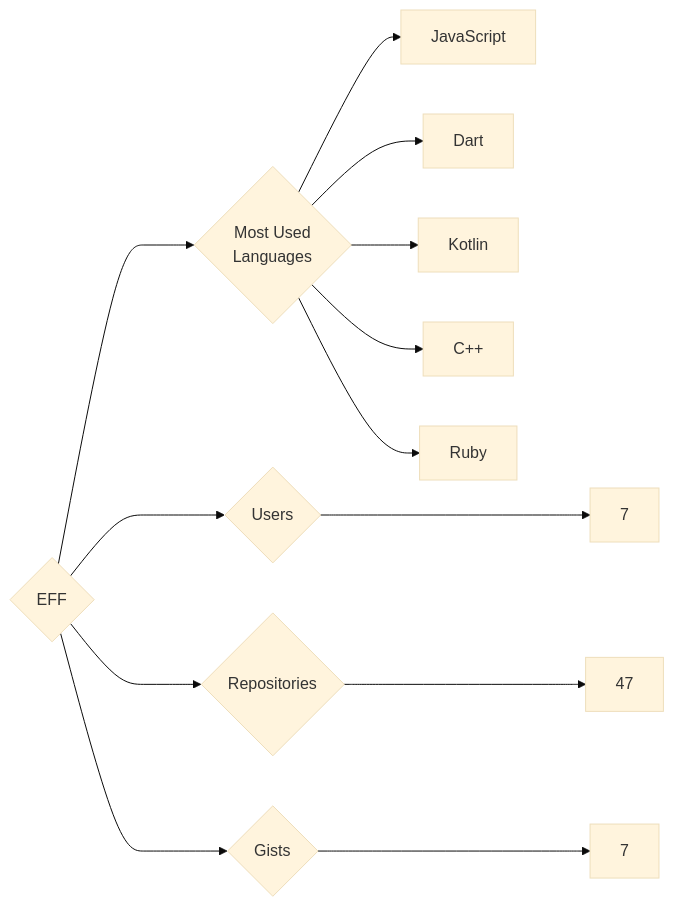
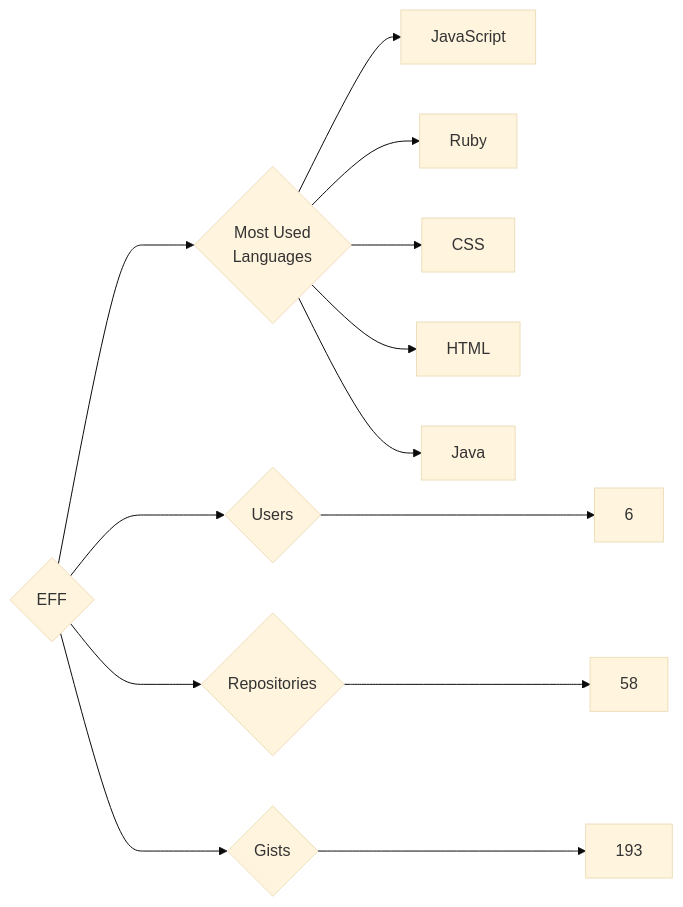
The diagram in targets/EFF/README.md (trickest/insiders), drawn with Mermaid (base theme) before and after one commit. The commit also changed 857 other files, not shown here.

````diff
--- a/targets/EFF/README.md
+++ b/targets/EFF/README.md
@@ -3,13 +3,13 @@
 ```mermaid
 graph LR
 COMPANY_NAME{EFF}
-COMPANY_NAME ---> U{Users} ---> UN[7]
-COMPANY_NAME ---> R{Repositories} ---> RN[47]
-COMPANY_NAME ---> G{Gists} ---> GN[7]
+COMPANY_NAME ---> U{Users} ---> UN[6]
+COMPANY_NAME ---> R{Repositories} ---> RN[58]
+COMPANY_NAME ---> G{Gists} ---> GN[193]
 COMPANY_NAME ---> ML{Most Used<br>Languages}
 ML --> JavaScript[JavaScript]
-ML --> Dart[Dart]
-ML --> Kotlin[Kotlin]
-ML --> C++[C++]
 ML --> Ruby[Ruby]
+ML --> CSS[CSS]
+ML --> HTML[HTML]
+ML --> Java[Java]
 ```
````
